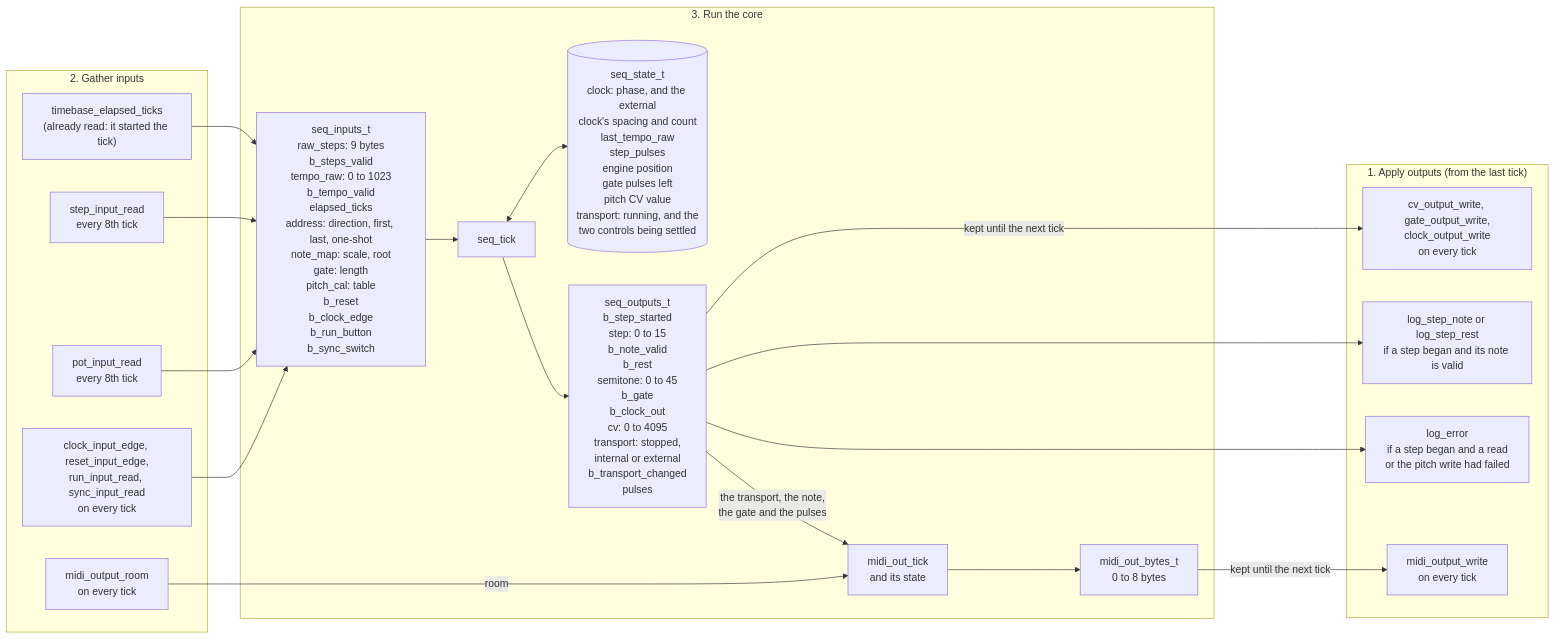
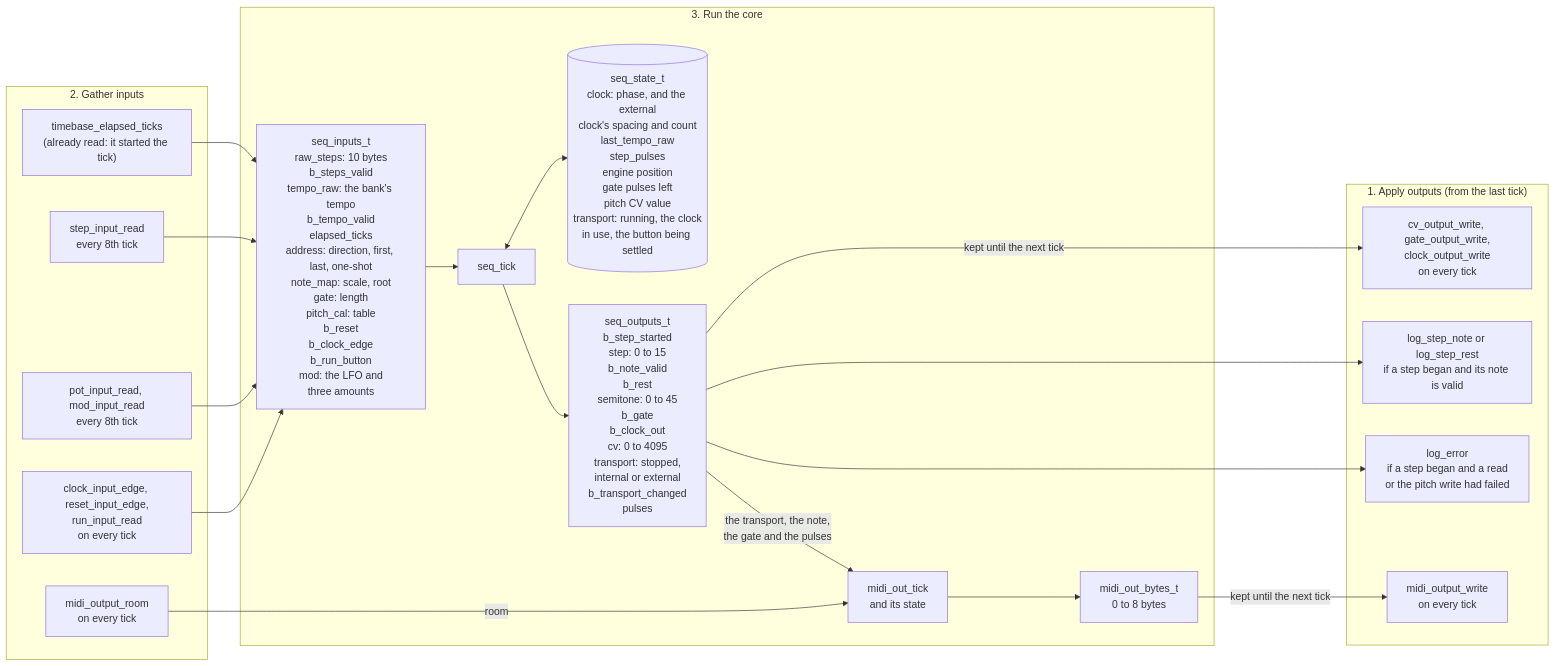
Before and after one commit to BonelessPig/nano_sequencer: the fifth of 29 diagrams in docs/ARCHITECTURE.md, drawn with Mermaid. The commit also changed other lines of this file and 3 other files, not shown here.

First line of the commit message:
Docs: the clock choosing itself, the amount bank, the level light and the LFO

````diff
--- a/docs/ARCHITECTURE.md
+++ b/docs/ARCHITECTURE.md
@@ -250,38 +262,38 @@
 ```mermaid
 flowchart LR
     subgraph apply["1. Apply outputs (from the last tick)"]
         pins["cv_output_write, gate_output_write,<br/>clock_output_write<br/>on every tick"]
         midiw["midi_output_write<br/>on every tick"]
         logn["log_step_note or log_step_rest<br/>if a step began and its note is valid"]
         loge["log_error<br/>if a step began and a read<br/>or the pitch write had failed"]
     end
     subgraph gather["2. Gather inputs"]
         tb["timebase_elapsed_ticks<br/>(already read: it started the tick)"]
         sr["step_input_read<br/>every 8th tick"]
-        tr["pot_input_read<br/>every 8th tick"]
-        ti["clock_input_edge, reset_input_edge,<br/>run_input_read, sync_input_read<br/>on every tick"]
+        tr["pot_input_read, mod_input_read<br/>every 8th tick"]
+        ti["clock_input_edge, reset_input_edge,<br/>run_input_read<br/>on every tick"]
         mr["midi_output_room<br/>on every tick"]
     end
     subgraph run["3. Run the core"]
-        in["seq_inputs_t<br/>raw_steps: 9 bytes<br/>b_steps_valid<br/>tempo_raw: 0 to 1023<br/>b_tempo_valid<br/>elapsed_ticks<br/>address: direction, first, last, one-shot<br/>note_map: scale, root<br/>gate: length<br/>pitch_cal: table<br/>b_reset<br/>b_clock_edge<br/>b_run_button<br/>b_sync_switch"]
+        in["seq_inputs_t<br/>raw_steps: 10 bytes<br/>b_steps_valid<br/>tempo_raw: the bank's tempo<br/>b_tempo_valid<br/>elapsed_ticks<br/>address: direction, first, last, one-shot<br/>note_map: scale, root<br/>gate: length<br/>pitch_cal: table<br/>b_reset<br/>b_clock_edge<br/>b_run_button<br/>mod: the LFO and<br/>three amounts"]
         tick["seq_tick"]
-        state[("seq_state_t<br/>clock: phase, and the external<br/>clock's spacing and count<br/>last_tempo_raw<br/>step_pulses<br/>engine position<br/>gate pulses left<br/>pitch CV value<br/>transport: running, and the<br/>two controls being settled")]
+        state[("seq_state_t<br/>clock: phase, and the external<br/>clock's spacing and count<br/>last_tempo_raw<br/>step_pulses<br/>engine position<br/>gate pulses left<br/>pitch CV value<br/>transport: running, the clock<br/>in use, the button being settled")]
         out["seq_outputs_t<br/>b_step_started<br/>step: 0 to 15<br/>b_note_valid<br/>b_rest<br/>semitone: 0 to 45<br/>b_gate<br/>b_clock_out<br/>cv: 0 to 4095<br/>transport: stopped,<br/>internal or external<br/>b_transport_changed<br/>pulses"]
         mtick["midi_out_tick<br/>and its state"]
         mbytes["midi_out_bytes_t<br/>0 to 8 bytes"]
     end
     tb --> in
     sr --> in
     tr --> in
     ti --> in
     in --> tick
     tick <--> state
     tick --> out
     out -->|"kept until the next tick"| pins
     out --> logn
     out --> loge
     out -->|"the transport, the note,<br/>the gate and the pulses"| mtick
     mr -->|"room"| mtick
     mtick --> mbytes
     mbytes -->|"kept until the next tick"| midiw
 ```
````
